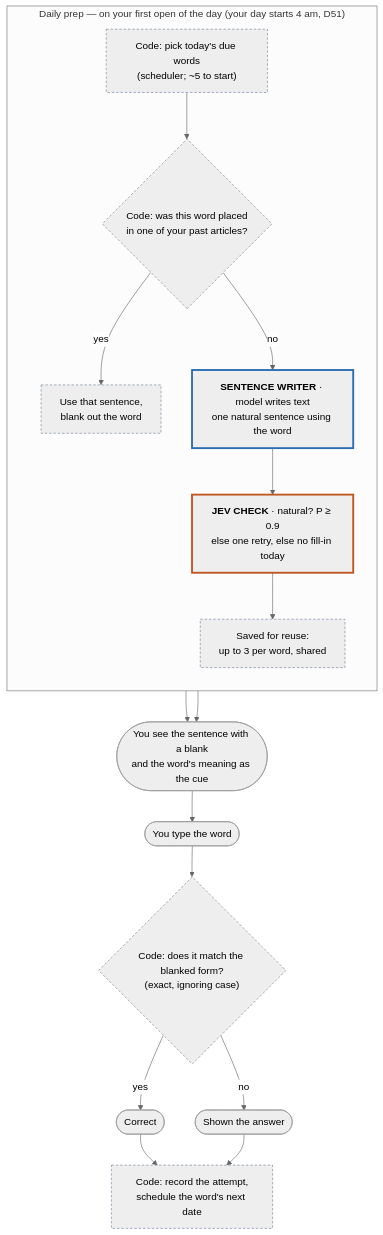
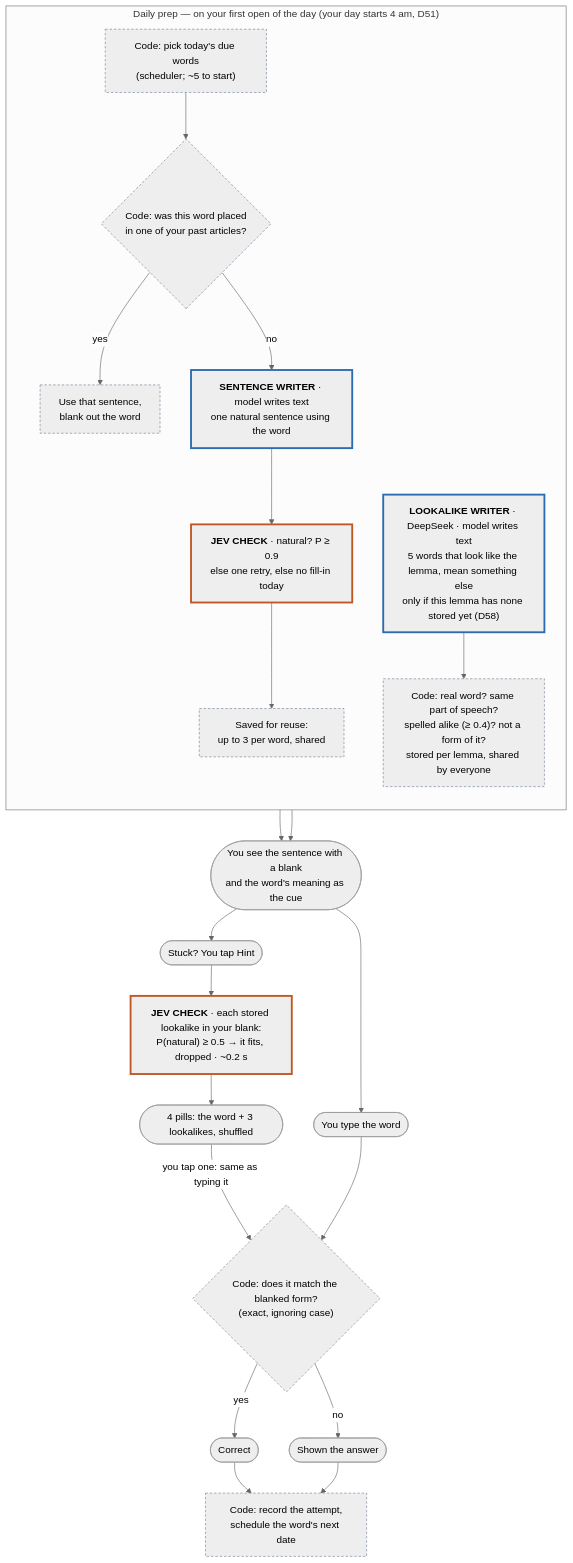
The diagram in diagrams/flow-fill-in-the-word.md (nurgazik/RetAIn), drawn with Mermaid (neutral theme) before and after one commit. The commit also changed other lines of this file and 16 other files, not shown here.

First line of the commit message:
D58 step (c): fill-in Hint with lookalikes (DeepSeek, Jev-checked on tap)

````diff
--- a/diagrams/flow-fill-in-the-word.md
+++ b/diagrams/flow-fill-in-the-word.md
@@ -5,24 +5,29 @@
 ```mermaid
 flowchart TD
     subgraph PREP["Daily prep — on your first open of the day (your day starts 4 am, D51)"]
         direction TB
         P1["Code: pick today's due words<br/>(scheduler; ~5 to start)"]:::code --> P2{"Code: was this word placed<br/>in one of your past articles?"}:::code
         P2 -- yes --> P3["Use that sentence,<br/>blank out the word"]:::code
         P2 -- no --> P4["<b>SENTENCE WRITER</b> · model writes text<br/>one natural sentence using the word"]:::writer
         P6 --> P5["Saved for reuse:<br/>up to 3 per word, shared"]:::code
         P4 --> P6["<b>JEV CHECK</b> · natural? P ≥ 0.9<br/>else one retry, else no fill-in today"]:::gate
+        P7["<b>LOOKALIKE WRITER</b> · DeepSeek · model writes text<br/>5 words that look like the lemma, mean something else<br/>only if this lemma has none stored yet (D58)"]:::writer --> P8["Code: real word? same part of speech?<br/>spelled alike (≥ 0.4)? not a form of it?<br/>stored per lemma, shared by everyone"]:::code
     end
 
     P3 --> X
     P5 --> X
     X([You see the sentence with a blank<br/>and the word's meaning as the cue]) --> Y([You type the word])
+    X --> H([Stuck? You tap Hint])
+    H --> H1["<b>JEV CHECK</b> · each stored lookalike in your blank:<br/>P(natural) ≥ 0.5 → it fits, dropped · ~0.2 s"]:::gate
+    H1 --> H2([4 pills: the word + 3 lookalikes, shuffled])
+    H2 -- "you tap one: same as typing it" --> Z
     Y --> Z{"Code: does it match the blanked form?<br/>(exact, ignoring case)"}:::code
     Z -- yes --> OK([Correct])
     Z -- no --> NO([Shown the answer])
     OK --> S["Code: record the attempt,<br/>schedule the word's next date"]:::code
     NO --> S
 
     classDef writer stroke:#2b6cb0,stroke-width:3px
     classDef gate stroke:#c05621,stroke-width:3px
     classDef code stroke:#718096,stroke-dasharray:4 3
 ```
````
